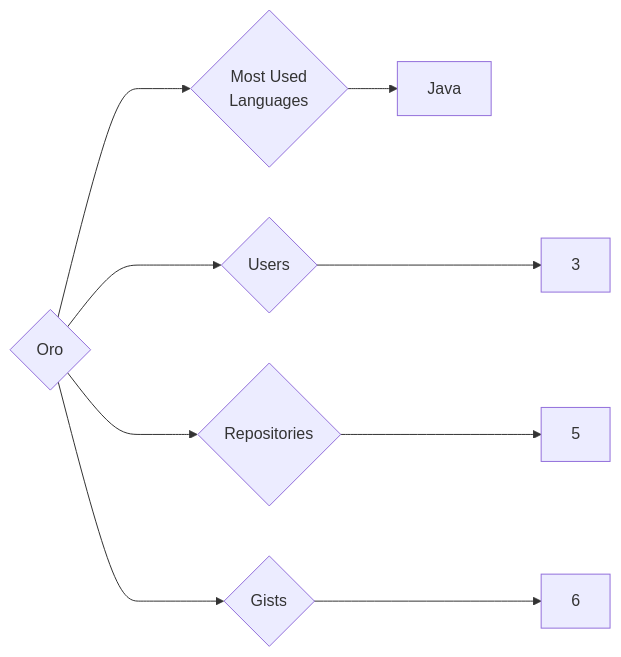
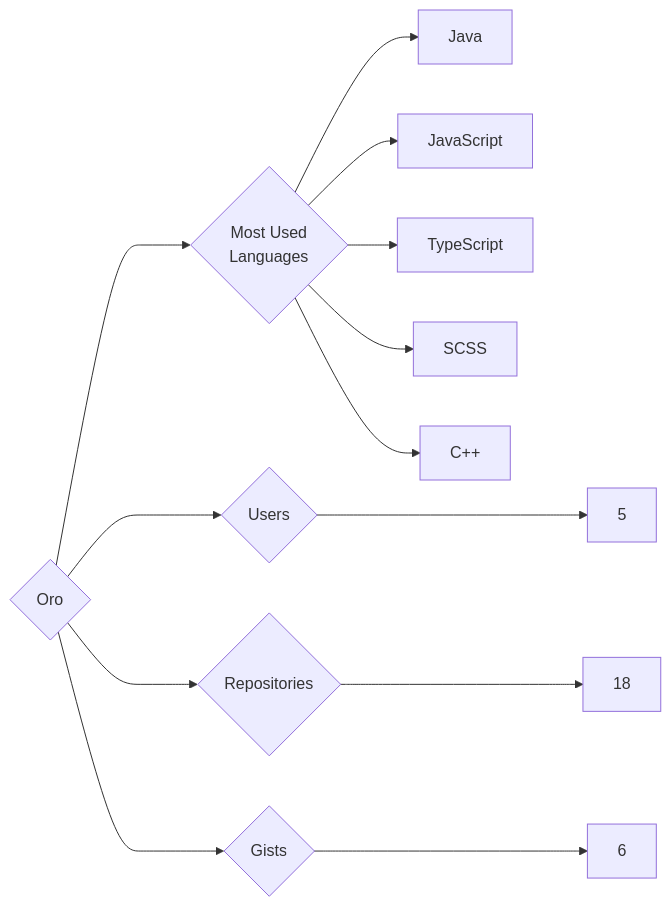
Before and after one commit to trickest/insiders: the diagram in targets/Oro/README.md, drawn with Mermaid. The commit also changed 1484 other files, not shown here.

````diff
--- a/targets/Oro/README.md
+++ b/targets/Oro/README.md
@@ -3,9 +3,13 @@
 ```mermaid
 graph LR
 COMPANY_NAME{Oro}
-COMPANY_NAME ---> U{Users} ---> UN[3]
-COMPANY_NAME ---> R{Repositories} ---> RN[5]
+COMPANY_NAME ---> U{Users} ---> UN[5]
+COMPANY_NAME ---> R{Repositories} ---> RN[18]
 COMPANY_NAME ---> G{Gists} ---> GN[6]
 COMPANY_NAME ---> ML{Most Used<br>Languages}
 ML --> Java[Java]
+ML --> JavaScript[JavaScript]
+ML --> TypeScript[TypeScript]
+ML --> SCSS[SCSS]
+ML --> C++[C++]
 ```
````
